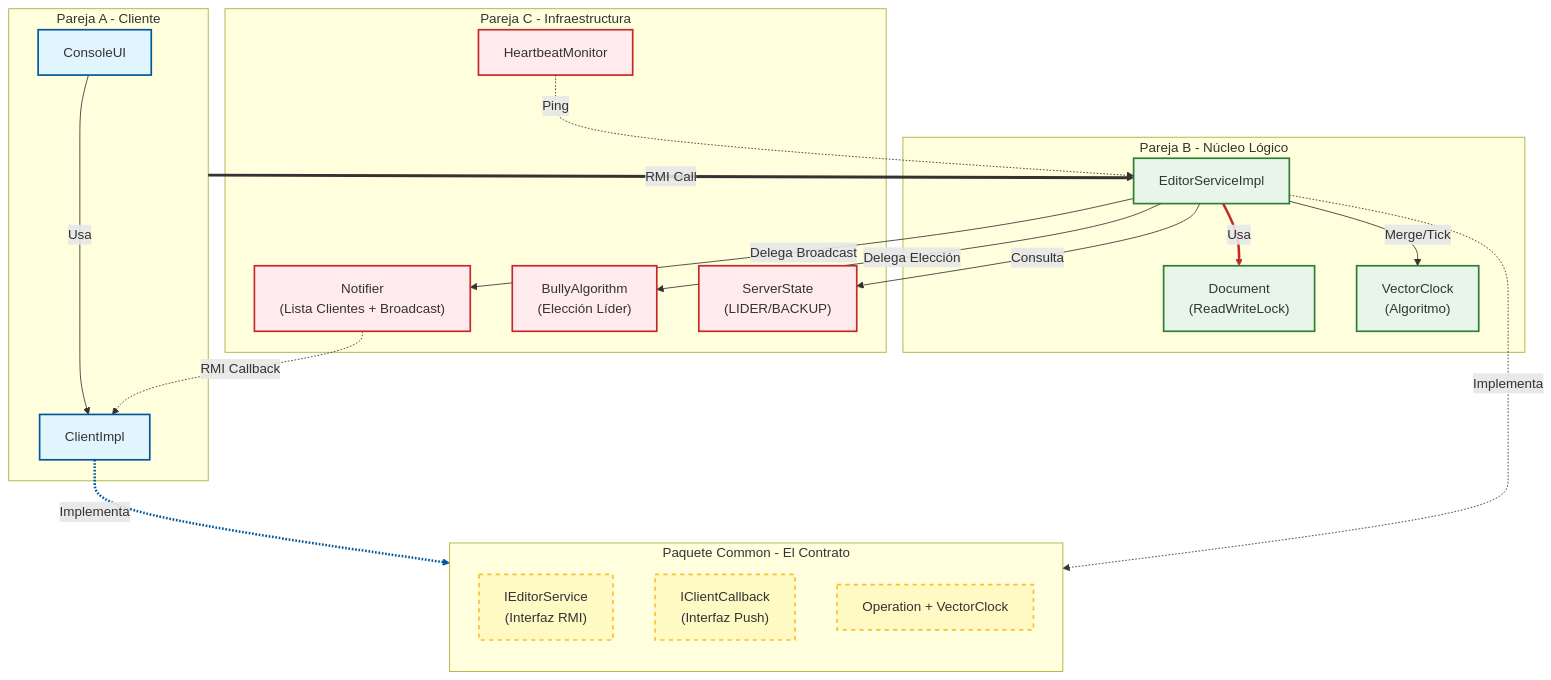
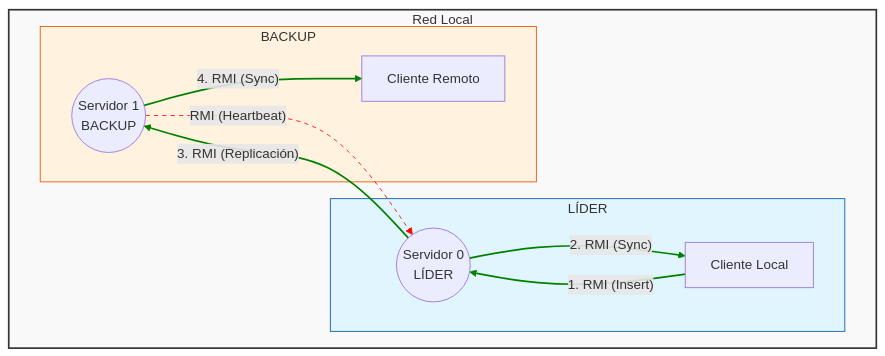
Before and after one commit to Franpm1/EditorTexto: the fifth of 5 diagrams in README.md, drawn with Mermaid. The commit also changed other lines of this file and 1 other file, not shown here.

Commit message:
Añadidos diagramas

````diff
--- a/README.md
+++ b/README.md
@@ -68,51 +200,39 @@
-``` mermaid
+```mermaid
 graph TD
-    %% Estilos
-    classDef pairA fill:#e1f5fe,stroke:#01579b,stroke-width:2px;
-    classDef pairB fill:#e8f5e9,stroke:#2e7d32,stroke-width:2px;
-    classDef pairC fill:#ffebee,stroke:#c62828,stroke-width:2px;
-    classDef common fill:#fff9c4,stroke:#fbc02d,stroke-width:2px,stroke-dasharray: 5 5;
-
-    subgraph COMMON [Paquete Common - El Contrato]
-        direction TB
-        IES["IEditorService<br/>(Interfaz RMI)"]:::common
-        ICB["IClientCallback<br/>(Interfaz Push)"]:::common
-        OP["Operation + VectorClock"]:::common
+    subgraph LAN [Red Local]
+        style LAN fill:#f9f9f9,stroke:#333,stroke-width:2px
+        
+        subgraph Machine1 [LÍDER]
+            style Machine1 fill:#e1f5fe,stroke:#01579b
+            S0((Servidor 0<br/>LÍDER))
+            C1[Cliente Local]
+        end
+        
+        subgraph Machine2 [BACKUP]
+            style Machine2 fill:#fff3e0,stroke:#e65100
+            S1((Servidor 1<br/>BACKUP))
+            C2[Cliente Remoto]
+        end
     end
 
-    subgraph CLIENTE [Pareja A - Cliente]
-        UI[ConsoleUI]:::pairA
-        CImpl[ClientImpl]:::pairA
-        CImpl -.->|Implementa| ICB
-        UI -->|Usa| CImpl
-    end
+    %% FLUJO DE ESCRITURA
+    C1 -- 1. RMI (Insert) --> S0
+    
+    %% FLUJO DE ACTUALIZACIÓN (Sync)
+    %% Ajuste: El líder también actualiza a su propio cliente
+    S0 -- 2. RMI (Sync) --> C1
+    
+    %% REPLICACIÓN
+    S0 -- 3. RMI (Replicación) --> S1
+    S1 -- 4. RMI (Sync) --> C2
+    
+    %% HEARTBEATS (Vigilancia)
+    S1 -. RMI (Heartbeat) .-> S0
 
-    subgraph SERVER_CORE [Pareja B - Núcleo Lógico]
-        ESI[EditorServiceImpl]:::pairB
-        DOC["Document<br/>(ReadWriteLock)"]:::pairB
-        VC["VectorClock<br/>(Algoritmo)"]:::pairB
-        
-        ESI -.->|Implementa| IES
-        ESI -->|Usa| DOC
-        ESI -->|Merge/Tick| VC
-    end
-
-    subgraph SERVER_INFRA [Pareja C - Infraestructura]
-        NOT["Notifier<br/>(Lista Clientes + Broadcast)"]:::pairC
-        BULLY["BullyAlgorithm<br/>(Elección Líder)"]:::pairC
-        HB[HeartbeatMonitor]:::pairC
-        STATE["ServerState<br/>(LIDER/BACKUP)"]:::pairC
-    end
-
-    %% Relaciones Principales
-    CLIENTE == RMI Call ==> ESI
-    ESI -- Delega Broadcast --> NOT
-    ESI -- Delega Elección --> BULLY
-    NOT -.->|RMI Callback| CImpl
-    HB -.->|Ping| ESI
-    ESI -- Consulta --> STATE
-
-    %% Leyenda
-    linkStyle 0 stroke:#01579b,stroke-width:3px;
-    linkStyle 3 stroke:#c62828,stroke-width:3px;
+    %% ESTILOS
+    %% Enlaces de datos (Verdes)
+    linkStyle 0,1,2,3 stroke-width:2px,fill:none,stroke:green;
+    
+    %% Enlace de Heartbeat (Rojo Punteado)
+    linkStyle 4 stroke-width:1px,fill:none,stroke:red,stroke-dasharray: 5 5;
 ```
````
